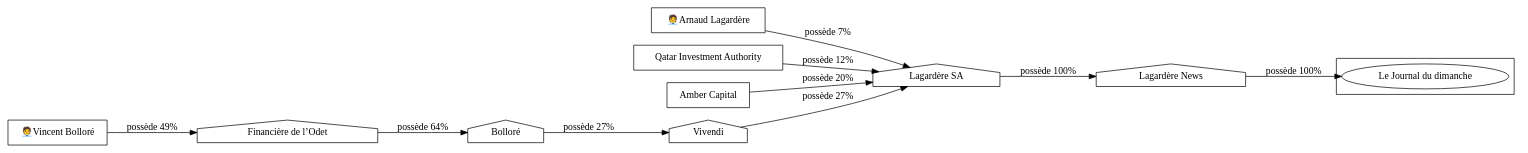
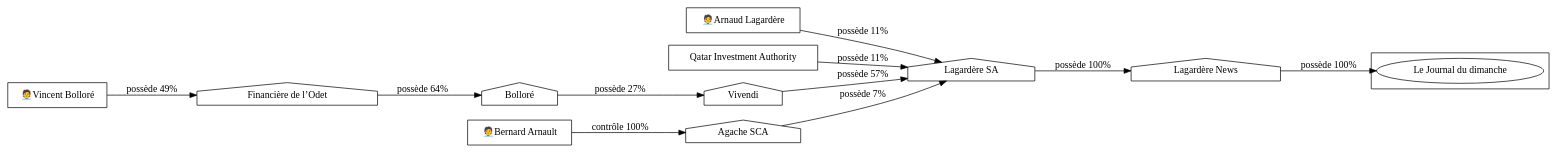
The diagram in 11ty_input/assets/le-journal-du-dimanche-71-relations-graph.dot (adipasquale/medias-wiki), drawn with Graphviz before and after one commit. The commit also changed 304 other files, not shown here.

```diff
--- a/11ty_input/assets/le-journal-du-dimanche-71-relations-graph.dot
+++ b/11ty_input/assets/le-journal-du-dimanche-71-relations-graph.dot
@@ -1,70 +1,76 @@
 digraph {
   rankdir=LR;
   subgraph roots {
     
       "arnaud-lagardere-67"[label="🧑‍💼Arnaud Lagardère" shape=box]
     
       "qatar-investment-authority-68"[label="Qatar Investment Authority" shape=box]
     
       "vincent-bollore-77"[label="🧑‍💼Vincent Bolloré" shape=box]
     
-      "amber-capital-330"[label="Amber Capital" shape=box]
+      "bernard-arnault-42"[label="🧑‍💼Bernard Arnault" shape=box]
     
   }
 
   
     "lagardere-news-70"[label="Lagardère News" shape=house]
   
     "lagardere-sa-69"[label="Lagardère SA" shape=house]
   
     "vivendi-81"[label="Vivendi" shape=house]
   
     "bollore-79"[label="Bolloré" shape=house]
   
     "financiere-de-l-odet-78"[label="Financière de l’Odet" shape=house]
+  
+    "agache-sca-348"[label="Agache SCA" shape=house]
   
 
   subgraph clusterLeaves {
     
       "le-journal-du-dimanche-71"[label="Le Journal du dimanche"]
     
   }
 
   
     "lagardere-news-70" -> "le-journal-du-dimanche-71" [
       label="possède 100%"
     ]
   
     "lagardere-sa-69" -> "lagardere-news-70" [
       label="possède 100%"
     ]
   
     "arnaud-lagardere-67" -> "lagardere-sa-69" [
-      label="possède 7%"
+      label="possède 11%"
     ]
   
     "qatar-investment-authority-68" -> "lagardere-sa-69" [
-      label="possède 12%"
+      label="possède 11%"
     ]
   
     "vivendi-81" -> "lagardere-sa-69" [
-      label="possède 27%"
+      label="possède 57%"
     ]
   
     "bollore-79" -> "vivendi-81" [
       label="possède 27%"
     ]
   
     "financiere-de-l-odet-78" -> "bollore-79" [
       label="possède 64%"
     ]
   
     "vincent-bollore-77" -> "financiere-de-l-odet-78" [
       label="possède 49%"
     ]
   
-    "amber-capital-330" -> "lagardere-sa-69" [
-      label="possède 20%"
+    "agache-sca-348" -> "lagardere-sa-69" [
+      label="possède 7%"
+    ]
+  
+    "bernard-arnault-42" -> "agache-sca-348" [
+      label="contrôle 100%"
     ]
   
 }
```
